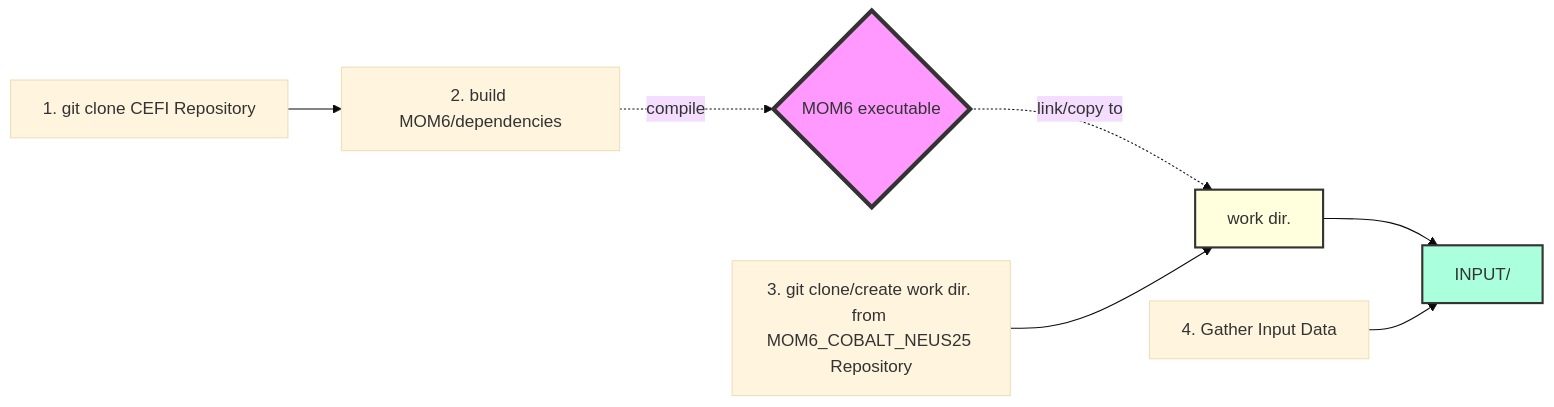
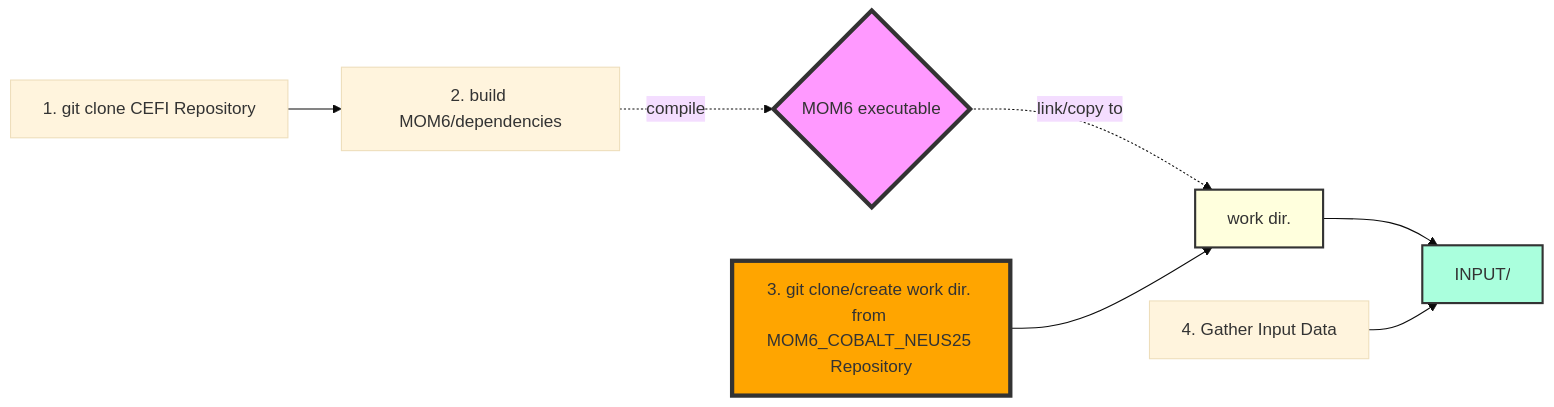
One commit to dksasaki/MOM6_COBALT_NEUS25 changed the first of 2 diagrams in README2.md. Above: the diagram before and after it, drawn with Mermaid (base theme). The commit also changed other lines of this file, not shown here.

Commit message:
minor changes

````diff
--- a/README2.md
+++ b/README2.md
@@ -19,18 +19,18 @@
 ```mermaid
 flowchart LR
     A[1. git clone CEFI Repository] --> B[2. build MOM6/dependencies]
     B -.-> |compile| C{MOM6 executable}
     
     D[3. git clone/create work dir. from MOM6_COBALT_NEUS25 Repository]
     C -.-> |link/copy to| E[work dir.]
     D --> E
     
     E --> H
 
     F[4. Gather Input Data ]
     F --> H[INPUT/]
-    
+    style D fill:#ffa500,stroke:#333,stroke-width:4px
     style C fill:#f9f,stroke:#333,stroke-width:4px
     style H fill:#afd,stroke:#333,stroke-width:2px
     style E fill:#ffd,stroke:#333,stroke-width:2px
 ```
````
